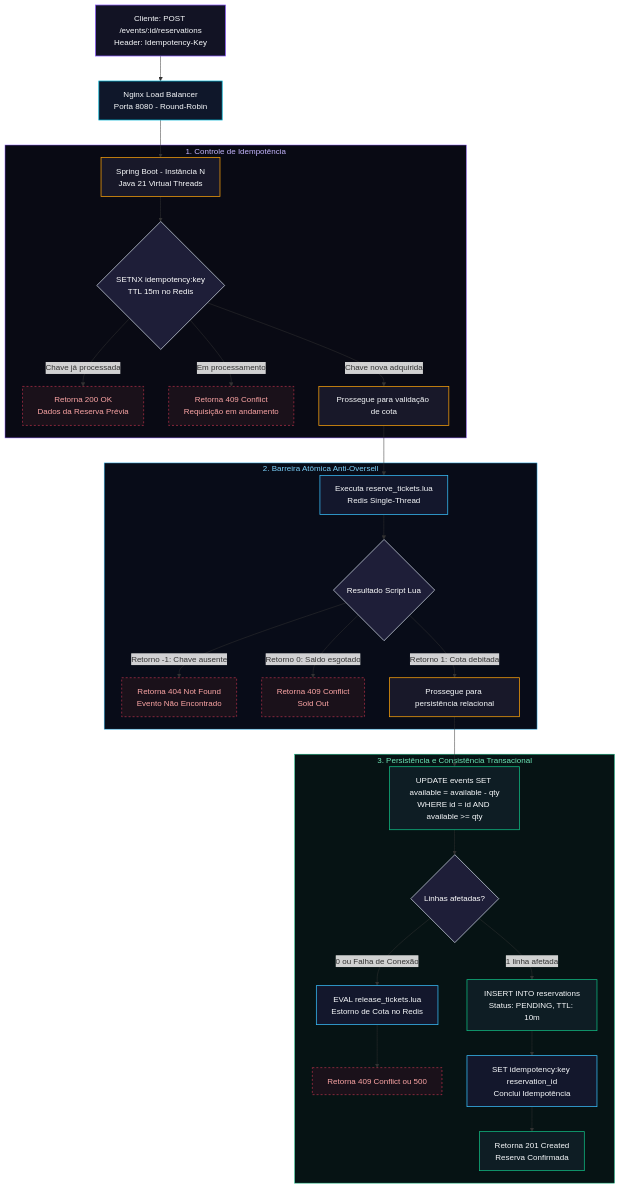
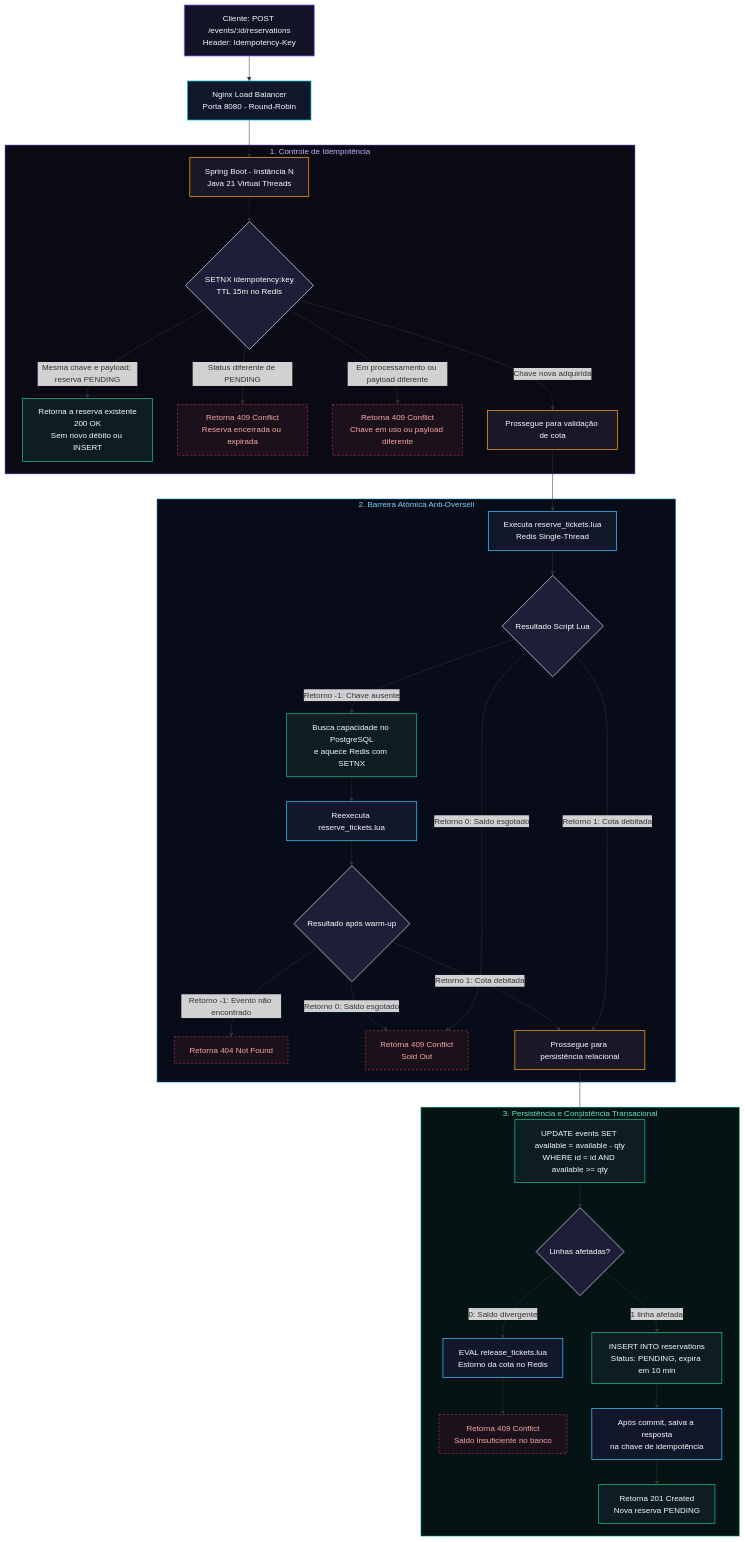
One commit to wallacemax96/ticket-booking-flash-sale changed the diagram in docs/architecture/02-reservation-flow.md. Above: the diagram before and after it, drawn with Mermaid. The commit also changed other lines of this file and 16 other files, not shown here.

````diff
--- a/docs/architecture/02-reservation-flow.md
+++ b/docs/architecture/02-reservation-flow.md
@@ -5,48 +5,54 @@
 ```mermaid
 flowchart TD
     classDef clientBox fill:#121324,stroke:#8b5cf6,stroke-width:1.5px,color:#f8fafc;
     classDef ingressBox fill:#0f172a,stroke:#06b6d4,stroke-width:1.5px,color:#f8fafc;
     classDef appBox fill:#181829,stroke:#f59e0b,stroke-width:1.5px,color:#f8fafc;
     classDef redisBox fill:#13172c,stroke:#38bdf8,stroke-width:1.5px,color:#f8fafc;
     classDef pgBox fill:#0e1d24,stroke:#10b981,stroke-width:1.5px,color:#f8fafc;
     classDef decisionBox fill:#1e1e38,stroke:#cbd5e1,stroke-width:1.5px,color:#ffffff;
     classDef failBox fill:#1a111a,stroke:#f43f5e,stroke-dasharray: 4 4,color:#fca5a5;
 
     START["Cliente: POST /events/:id/reservations<br/>Header: Idempotency-Key"]:::clientBox
     NGINX["Nginx Load Balancer<br/>Porta 8080 - Round-Robin"]:::ingressBox
     API["Spring Boot - Instância N<br/>Java 21 Virtual Threads"]:::appBox
 
     START --> NGINX
     NGINX --> API
 
     subgraph S1 ["1. Controle de Idempotência"]
         API --> IDEM_CHECK{"SETNX idempotency:key<br/>TTL 15m no Redis"}:::decisionBox
-        IDEM_CHECK -->|Chave já processada| RET_CACHE["Retorna 200 OK<br/>Dados da Reserva Prévia"]:::failBox
-        IDEM_CHECK -->|Em processamento| RET_CONF["Retorna 409 Conflict<br/>Requisição em andamento"]:::failBox
+        IDEM_CHECK -->|Mesma chave e payload; reserva PENDING| RET_CACHE["Retorna a reserva existente<br/>200 OK<br/>Sem novo débito ou INSERT"]:::pgBox
+        IDEM_CHECK -->|Status diferente de PENDING| RET_CLOSED["Retorna 409 Conflict<br/>Reserva encerrada ou expirada"]:::failBox
+        IDEM_CHECK -->|Em processamento ou payload diferente| RET_CONF["Retorna 409 Conflict<br/>Chave em uso ou payload diferente"]:::failBox
         IDEM_CHECK -->|Chave nova adquirida| S2_ENTRY["Prossegue para validação de cota"]:::appBox
     end
 
     subgraph S2 ["2. Barreira Atômica Anti-Oversell"]
         S2_ENTRY --> LUA["Executa reserve_tickets.lua<br/>Redis Single-Thread"]:::redisBox
         LUA --> LUA_CHECK{"Resultado Script Lua"}:::decisionBox
-        LUA_CHECK -->|Retorno -1: Chave ausente| RET_404["Retorna 404 Not Found<br/>Evento Não Encontrado"]:::failBox
-        LUA_CHECK -->|Retorno 0: Saldo esgotado| RET_409["Retorna 409 Conflict<br/>Sold Out"]:::failBox
-        LUA_CHECK -->|Retorno 1: Cota debitada| S3_ENTRY["Prossegue para persistência relacional"]:::appBox
+        LUA_CHECK -->|Retorno -1: Chave ausente| WARMUP["Busca capacidade no PostgreSQL<br/>e aquece Redis com SETNX"]:::pgBox
+        WARMUP --> RETRY_LUA["Reexecuta reserve_tickets.lua"]:::redisBox
+        RETRY_LUA --> RETRY_CHECK{"Resultado após warm-up"}:::decisionBox
+        RETRY_CHECK -->|Retorno -1: Evento não encontrado| RET_404["Retorna 404 Not Found"]:::failBox
+        RETRY_CHECK -->|Retorno 0: Saldo esgotado| RET_409["Retorna 409 Conflict<br/>Sold Out"]:::failBox
+        RETRY_CHECK -->|Retorno 1: Cota debitada| S3_ENTRY["Prossegue para persistência relacional"]:::appBox
+        LUA_CHECK -->|Retorno 0: Saldo esgotado| RET_409
+        LUA_CHECK -->|Retorno 1: Cota debitada| S3_ENTRY
     end
 
     subgraph S3 ["3. Persistência e Consistência Transacional"]
         S3_ENTRY --> SQL_UPDATE["UPDATE events SET available = available - qty<br/>WHERE id = id AND available >= qty"]:::pgBox
         SQL_UPDATE --> DB_CHECK{"Linhas afetadas?"}:::decisionBox
-        
-        DB_CHECK -->|0 ou Falha de Conexão| ROLLBACK["EVAL release_tickets.lua<br/>Estorno de Cota no Redis"]:::redisBox
-        ROLLBACK --> RET_ERR["Retorna 409 Conflict ou 500"]:::failBox
 
-        DB_CHECK -->|1 linha afetada| SQL_INSERT["INSERT INTO reservations<br/>Status: PENDING, TTL: 10m"]:::pgBox
-        SQL_INSERT --> REDIS_FIN["SET idempotency:key reservation_id<br/>Conclui Idempotência"]:::redisBox
-        REDIS_FIN --> SUCCESS["Retorna 201 Created<br/>Reserva Confirmada"]:::pgBox
+        DB_CHECK -->|0: Saldo divergente| ROLLBACK["EVAL release_tickets.lua<br/>Estorno da cota no Redis"]:::redisBox
+        ROLLBACK --> RET_DB_ERR["Retorna 409 Conflict<br/>Saldo insuficiente no banco"]:::failBox
+
+        DB_CHECK -->|1 linha afetada| SQL_INSERT["INSERT INTO reservations<br/>Status: PENDING, expira em 10 min"]:::pgBox
+        SQL_INSERT --> REDIS_FIN["Após commit, salva a resposta<br/>na chave de idempotência"]:::redisBox
+        REDIS_FIN --> SUCCESS["Retorna 201 Created<br/>Nova reserva PENDING"]:::pgBox
     end
 
     style S1 fill:#090a14,stroke:#8b5cf6,stroke-width:1px,color:#c4b5fd;
     style S2 fill:#080c18,stroke:#38bdf8,stroke-width:1px,color:#7dd3fc;
     style S3 fill:#061314,stroke:#10b981,stroke-width:1px,color:#6ee7b7;
 ```
````
